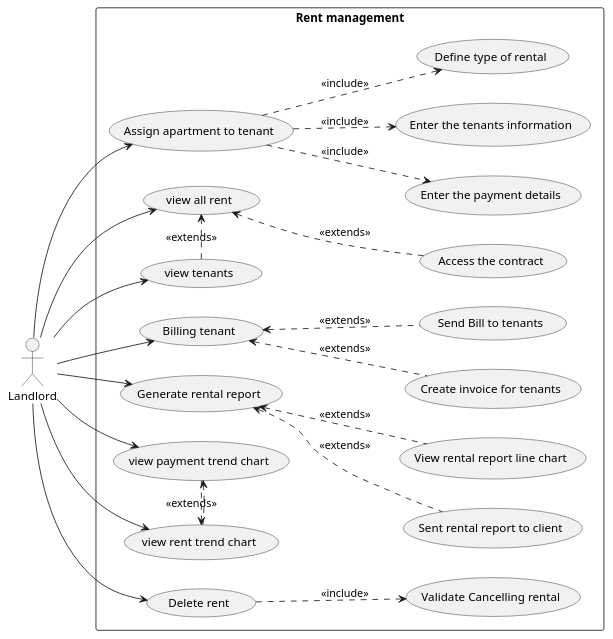
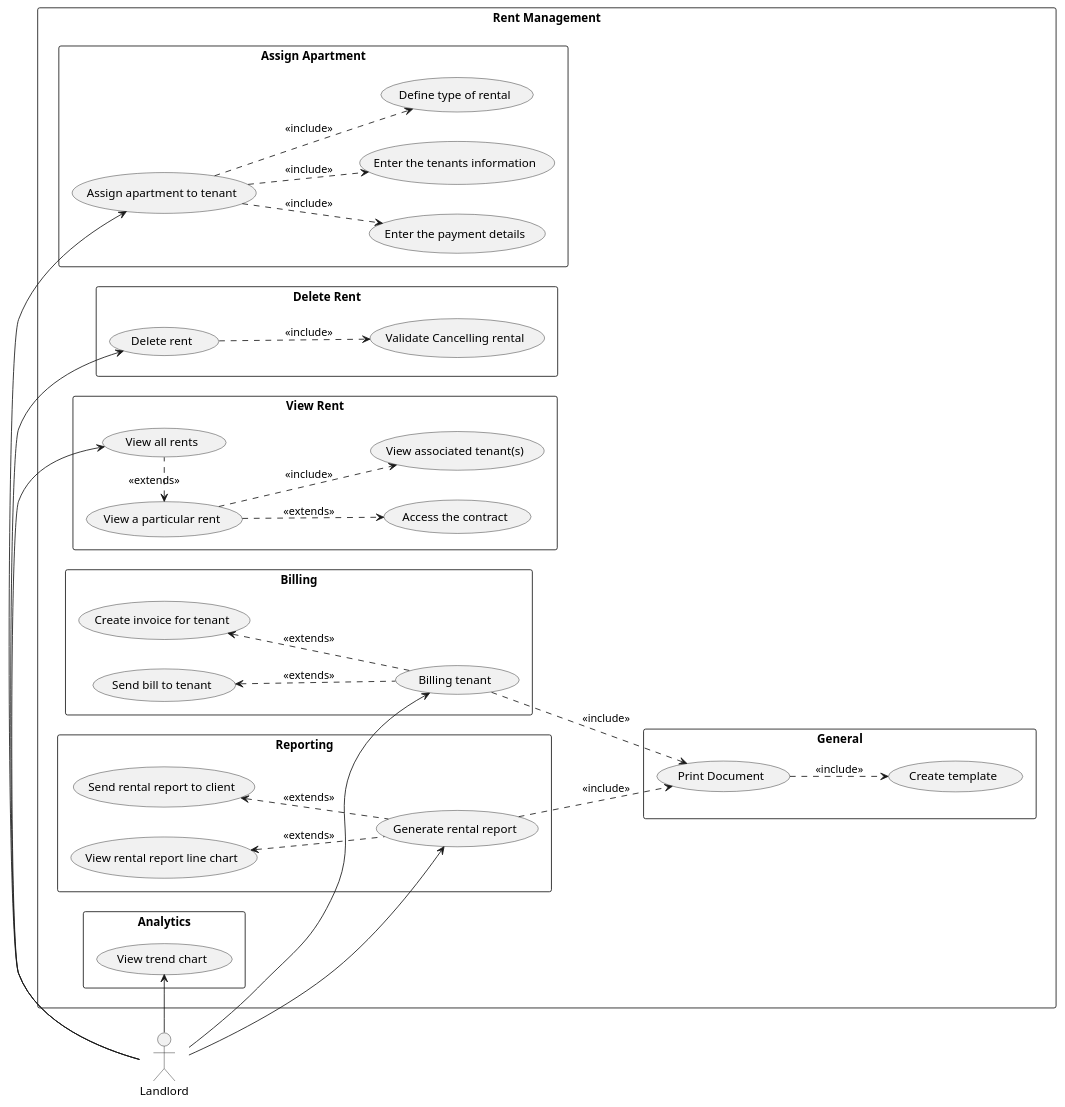
The diagram in architecture/rent/usecase.puml (SprigganTwelve/immo-flow), drawn with PlantUML before and after one commit. The commit also changed 4 other files, not shown here.

Commit message:
updating  rent/usecase and class (uml) (modifying  relation and adding commit)

```diff
--- a/architecture/rent/usecase.puml
+++ b/architecture/rent/usecase.puml
@@ -1,73 +1,116 @@
 @startuml
 
-    left to right direction
+left to right direction
 
-    skinparam rectanglePadding 5
-    skinparam usecasePadding 5
-    skinparam rectangleMargin 10
+skinparam rectanglePadding 10
+skinparam usecasePadding 8
+skinparam rectangleMargin 15
 
-    actor Landlord
-    
+actor Landlord
 
-    rectangle "Rent management"  {
+rectangle "Rent Management" {
+
+    rectangle "General" {
+        (Print Document) as USG1
+        (Create template) as USG2
+    }
+
+    rectangle "Assign Apartment" {
         (Assign apartment to tenant) as US1
-        
         (Enter the payment details) as US11
         (Enter the tenants information) as US12
-        (Define type of rental)     as US13
-        
+        (Define type of rental) as US13
+    }
+
+    rectangle "Delete Rent" {
         (Delete rent) as US2
         (Validate Cancelling rental) as US21
-        
-        (view all rent) as US3
-        (view tenants)  as US31
-        (Access the contract) as US32
-        
-        (Billing tenant) as US4
-        (Create invoice for tenants) as US41
-        (Send Bill to tenants) as US42
-        
-        
-        (Generate rental report) as US5
-        (Sent rental report to client) as US51
-        (View rental report line chart) as US52
-
-        (view payment trend chart)  as US6
-        (view rent trend chart)     as US7
-        
-        /'() as US5'/
     }
 
-    Landlord -> US1
-    US1 ..> US11 : <<include>>
-    US1 ..> US12 : <<include>>
-    US1 ..> US13 : <<include>>
-    
-    
-    Landlord --> US2
-    US2 ..> US21 : <<include>>
-    
-    Landlord -> US3
-    Landlord --> US31
-    US3 <.left. US31 : <<extends>>
-    US3 <.. US32     : <<extends>>
+    rectangle "View Rent" {
+        (View all rents) as US3
+        (View a particular rent) as US31
+        (Access the contract) as US32
+        usecase "View associated tenant(s)" as US34
+    }
+
+    rectangle "Billing" {
+        (Billing tenant) as US4
+        (Create invoice for tenant) as US41
+        (Send bill to tenant) as US42
+    }
+
+    rectangle "Reporting" {
+        (Generate rental report) as US5
+        (Send rental report to client) as US51
+        (View rental report line chart) as US52
+    }
+
+    rectangle "Analytics" {
+        (View trend chart) as US6
+    }
+}
+
+
+'========================================
+' Assign Apartment
+'========================================
+
+
+Landlord -up-> US1
+US1 ..> US11 : <<include>>
+US1 ..> US12 : <<include>>
+US1 ..> US13 : <<include>>
 
 
 
-    Landlord -> US4
-    US4 <.. US41 : <<extends>>
-    US4 <.. US42 : <<extends>>
+'========================================
+' Delete Rent
+'========================================
 
-    Landlord ->  US5
-    US5 <..  US51: <<extends>>
-    US5 <..  US52: <<extends>>
-    
-    Landlord -> US6
-    Landlord -> US7
 
-    US6 <.left. US7 
-    US7 <.left. US6 : <<extends>>
-    
+Landlord --> US2
+US2 ..> US21 : <<include>>
 
-    
+'========================================
+' View Rent
+'========================================
+
+
+Landlord --> US3
+US31 <.right. US3  : <<extends>>
+US32 <.up. US31 : <<extends>>
+US31 ..> US34 : <<include>>
+
+
+'========================================
+' Billing
+'========================================
+
+
+Landlord --> US4
+US41 <.. US4 : <<extends>>
+US42 <.. US4 : <<extends>>
+US4 ..> USG1 : <<include>>
+USG1 ..> USG2 : <<include>>
+
+
+'========================================
+' Reporting
+'========================================
+
+
+Landlord -down-> US5
+US5 ..> USG1 : <<include>>
+US51 <.. US5 : <<extends>>
+US52 <.. US5 : <<extends>>
+
+
+'========================================
+' Analytics
+'========================================
+
+
+Landlord -up-> US6
+
 @enduml
```
